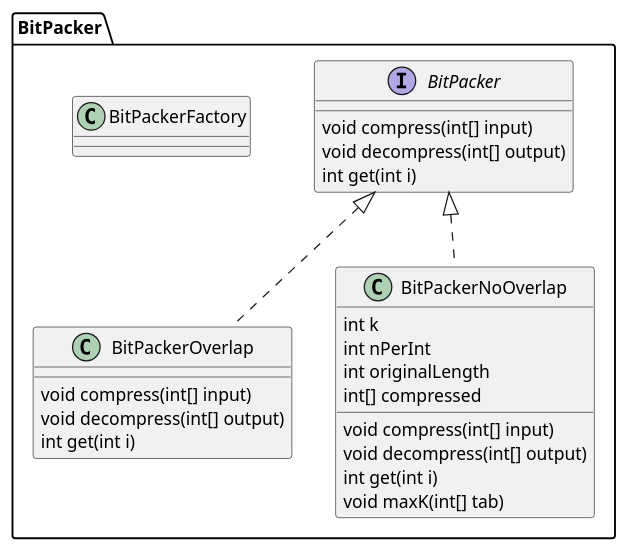
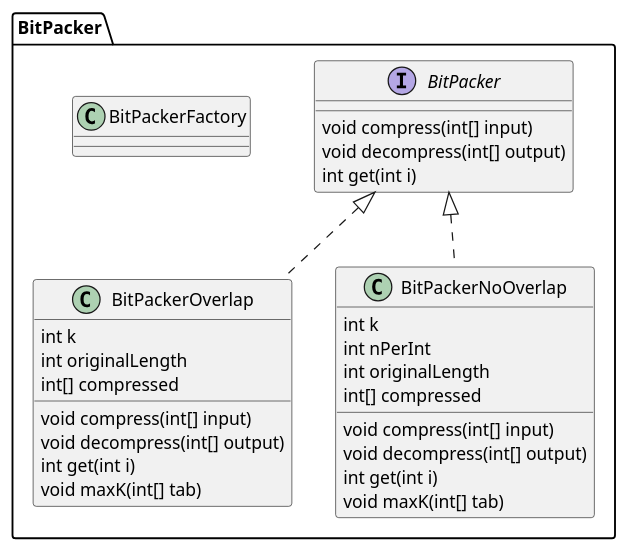
One commit to Sofiane949/BitPacking_Software_Engineering changed the diagram in diagramme_de_classe.plantuml. Above: the diagram before and after it, drawn with PlantUML. The commit also changed 5 other files, not shown here.

```diff
--- a/diagramme_de_classe.plantuml
+++ b/diagramme_de_classe.plantuml
@@ -1,30 +1,34 @@
 @startuml
 package BitPacker {
 
 interface BitPacker {
     void compress(int[] input)
     void decompress(int[] output)
     int get(int i)
 }
 
 class BitPackerOverlap implements BitPacker {
+    int k
+    int originalLength
+    int[] compressed
     void compress(int[] input)
     void decompress(int[] output)
     int get(int i)
+    void maxK(int[] tab)
 }
 
 class BitPackerNoOverlap implements BitPacker {
     int k
     int nPerInt
     int originalLength
     int[] compressed
     void compress(int[] input)
     void decompress(int[] output)
     int get(int i)
     void maxK(int[] tab)
 }
 
 class BitPackerFactory {
 }
 }
 @enduml
```
